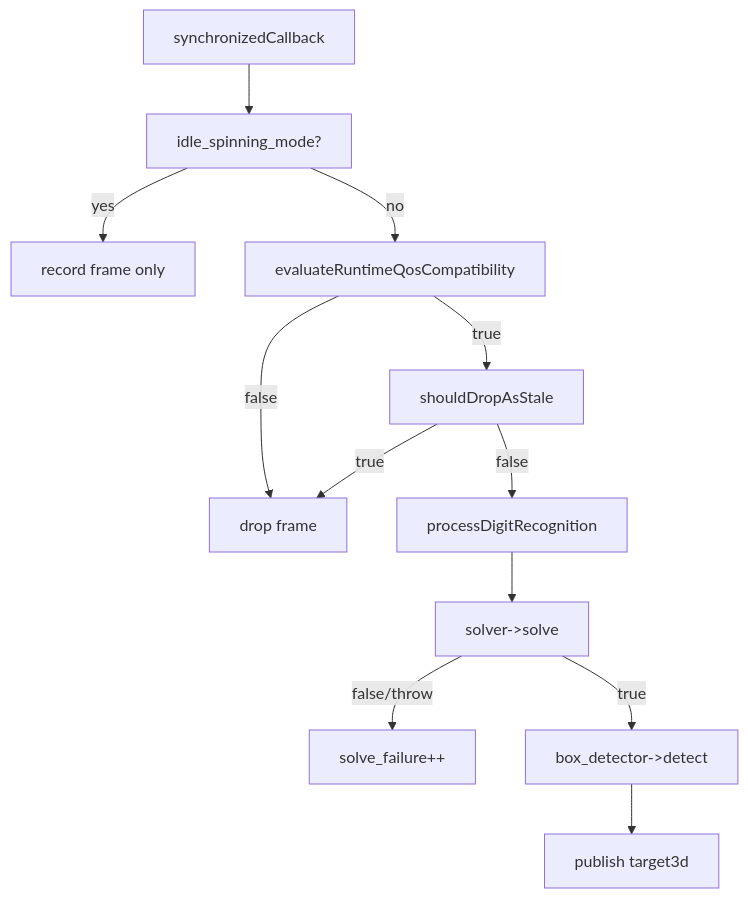
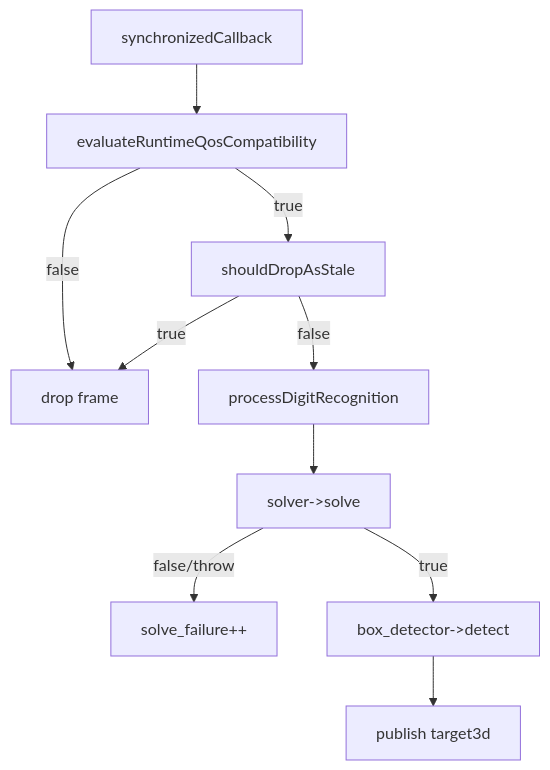
Before and after one commit to Phoenix-064/Dog: the second of 2 diagrams in docs/dog-perception-ai-reference.md, drawn with Mermaid. The commit also changed other lines of this file and 44 other files, not shown here.

````diff
--- a/docs/dog-perception-ai-reference.md
+++ b/docs/dog-perception-ai-reference.md
@@ -118,14 +114,12 @@
 ```mermaid
 flowchart TD
-  A[synchronizedCallback] --> B[idle_spinning_mode?]
-  B -->|yes| C[record frame only]
-  B -->|no| D[evaluateRuntimeQosCompatibility]
+  A[synchronizedCallback] --> D[evaluateRuntimeQosCompatibility]
   D -->|false| E[drop frame]
   D -->|true| F[shouldDropAsStale]
   F -->|true| E
   F -->|false| G[processDigitRecognition]
   G --> H[solver->solve]
   H -->|false/throw| I[solve_failure++]
   H -->|true| J[box_detector->detect]
   J --> K[publish target3d]
 ```
````
